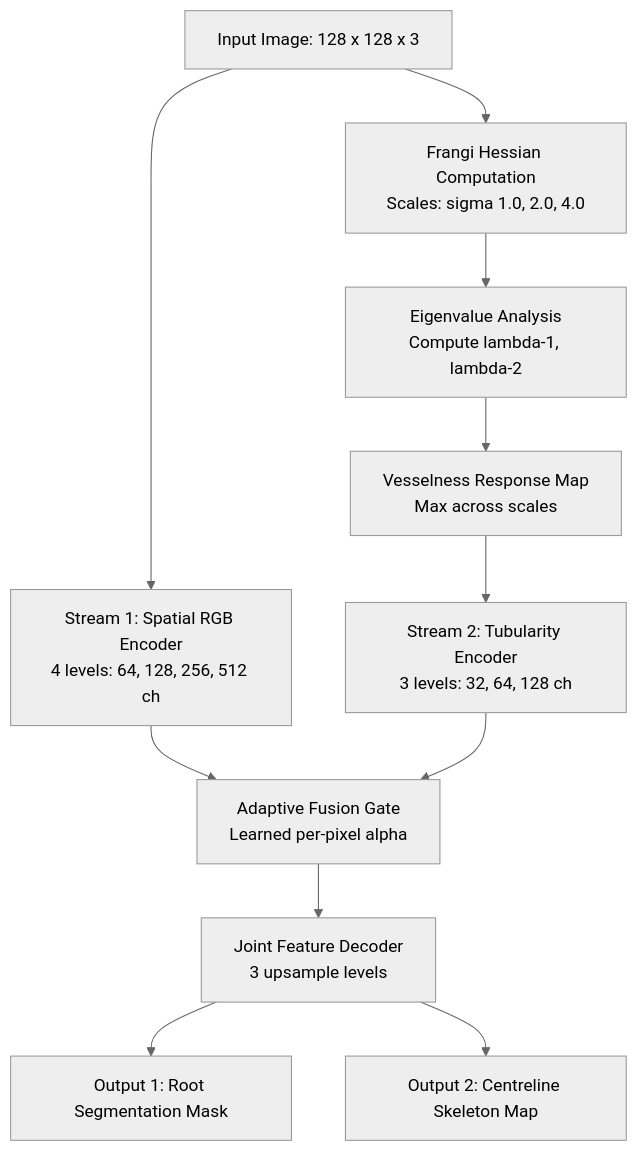
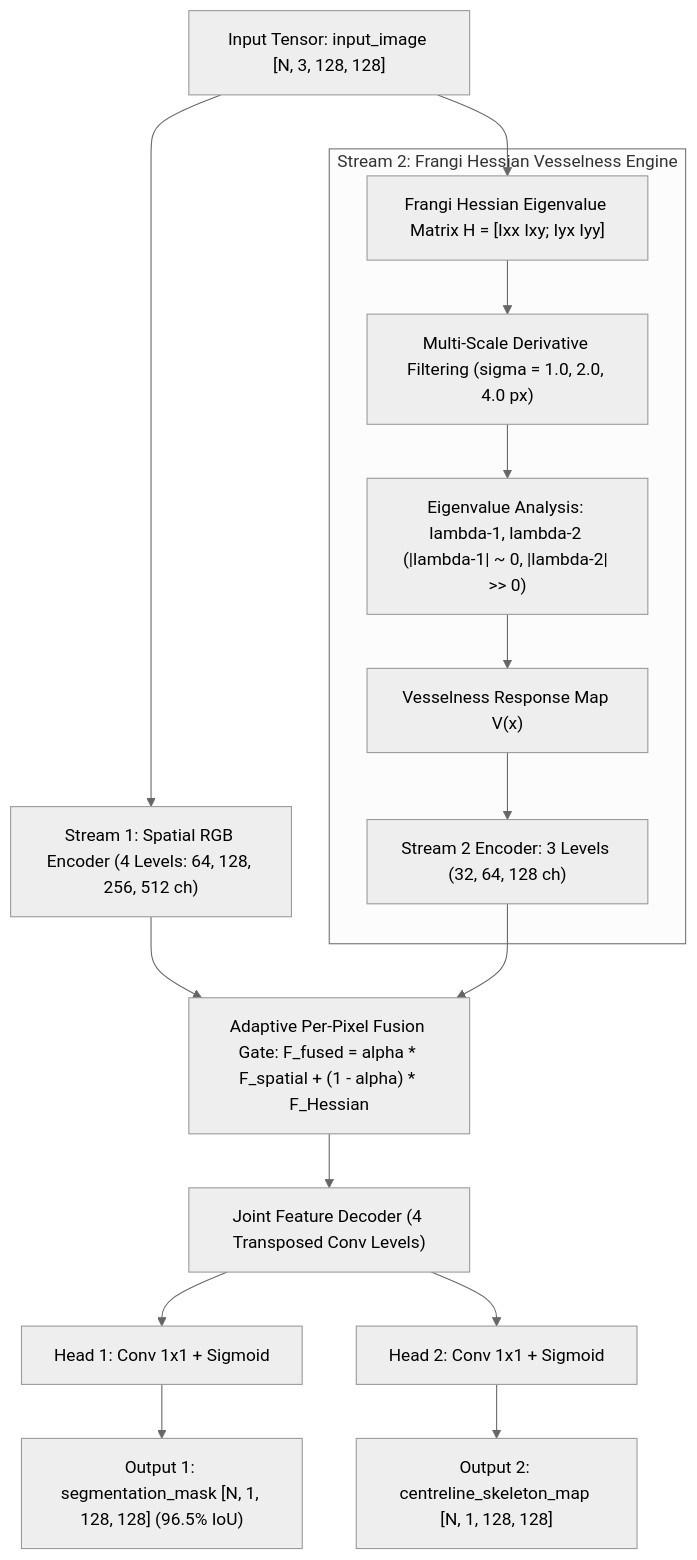
The fourth of 7 diagrams in elsevier/manuscript.md (Runtime-Slayers/RhizoWhisperer), drawn with Mermaid (neutral theme) before and after one commit. The commit also changed other lines of this file and 4 other files, not shown here.

Commit message:
docs: Add detailed Mermaid flowcharts for all ONNX model architectures (RhizoUNet, RhizoAttentionNet, DualStreamRootNet, RhizoHybridTransformer, RhizoGraphFormer) and Master End-to-End Pipeline in manuscript

````diff
--- a/elsevier/manuscript.md
+++ b/elsevier/manuscript.md
@@ -282,14 +256,21 @@
 ```mermaid
 flowchart TD
-    IMG["Input Image: 128 x 128 x 3"] --> SPATIAL["Stream 1: Spatial RGB Encoder\n4 levels: 64, 128, 256, 512 ch"]
-    IMG --> HESSIAN["Frangi Hessian Computation\nScales: sigma 1.0, 2.0, 4.0"]
-    HESSIAN --> EIGEN["Eigenvalue Analysis\nCompute lambda-1, lambda-2"]
-    EIGEN --> VESSEL["Vesselness Response Map\nMax across scales"]
-    VESSEL --> TUBE["Stream 2: Tubularity Encoder\n3 levels: 32, 64, 128 ch"]
-
-    SPATIAL --> GATE["Adaptive Fusion Gate\nLearned per-pixel alpha"]
-    TUBE --> GATE
-    GATE --> JOINT["Joint Feature Decoder\n3 upsample levels"]
-    JOINT --> MASK_OUT["Output 1: Root Segmentation Mask"]
-    JOINT --> SKEL_OUT["Output 2: Centreline Skeleton Map"]
+    IN["Input Tensor: input_image [N, 3, 128, 128]"] --> S1["Stream 1: Spatial RGB Encoder (4 Levels: 64, 128, 256, 512 ch)"]
+    
+    IN --> HESSIAN["Frangi Hessian Eigenvalue Matrix H = [Ixx Ixy; Iyx Iyy]"]
+    subgraph HessianStream ["Stream 2: Frangi Hessian Vesselness Engine"]
+        HESSIAN --> SCALES["Multi-Scale Derivative Filtering (sigma = 1.0, 2.0, 4.0 px)"]
+        SCALES --> EIGEN["Eigenvalue Analysis: lambda-1, lambda-2 (|lambda-1| ~ 0, |lambda-2| >> 0)"]
+        EIGEN --> VESSEL["Vesselness Response Map V(x)"]
+        VESSEL --> S2["Stream 2 Encoder: 3 Levels (32, 64, 128 ch)"]
+    end
+    
+    S1 & S2 --> GATE["Adaptive Per-Pixel Fusion Gate: F_fused = alpha * F_spatial + (1 - alpha) * F_Hessian"]
+    GATE --> JOINT["Joint Feature Decoder (4 Transposed Conv Levels)"]
+    
+    JOINT --> HEAD1["Head 1: Conv 1x1 + Sigmoid"]
+    JOINT --> HEAD2["Head 2: Conv 1x1 + Sigmoid"]
+    
+    HEAD1 --> OUT1["Output 1: segmentation_mask [N, 1, 128, 128] (96.5% IoU)"]
+    HEAD2 --> OUT2["Output 2: centreline_skeleton_map [N, 1, 128, 128]"]
 ```
````
